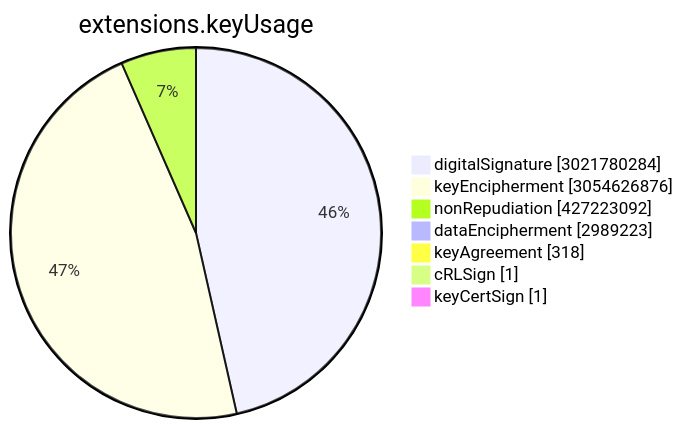
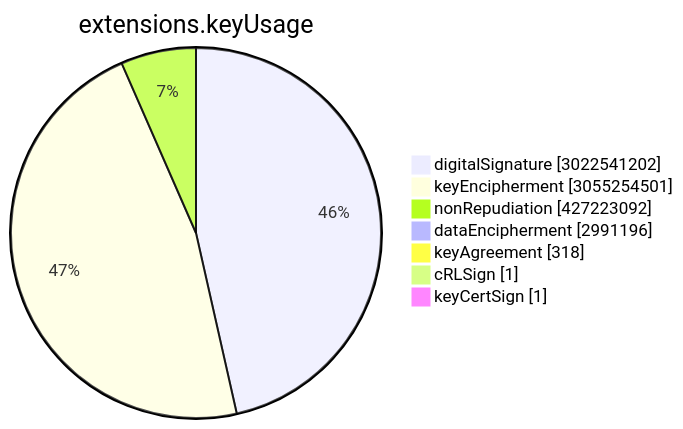
The sixth of 15 diagrams in TOTAL/README.md (christiankrug/ctmonitor_visualization), drawn with Mermaid before and after one commit. The commit also changed other lines of this file, not shown here.

````diff
--- a/TOTAL/README.md
+++ b/TOTAL/README.md
@@ -3075,11 +3075,11 @@
 ```mermaid
 pie showData
 title extensions.keyUsage
-"digitalSignature" :3021780284
-"keyEncipherment" :3054626876
+"digitalSignature" :3022541202
+"keyEncipherment" :3055254501
 "nonRepudiation" :427223092
-"dataEncipherment" :2989223
+"dataEncipherment" :2991196
 "keyAgreement" :318
 "cRLSign" :1
 "keyCertSign" :1
 ```
````
